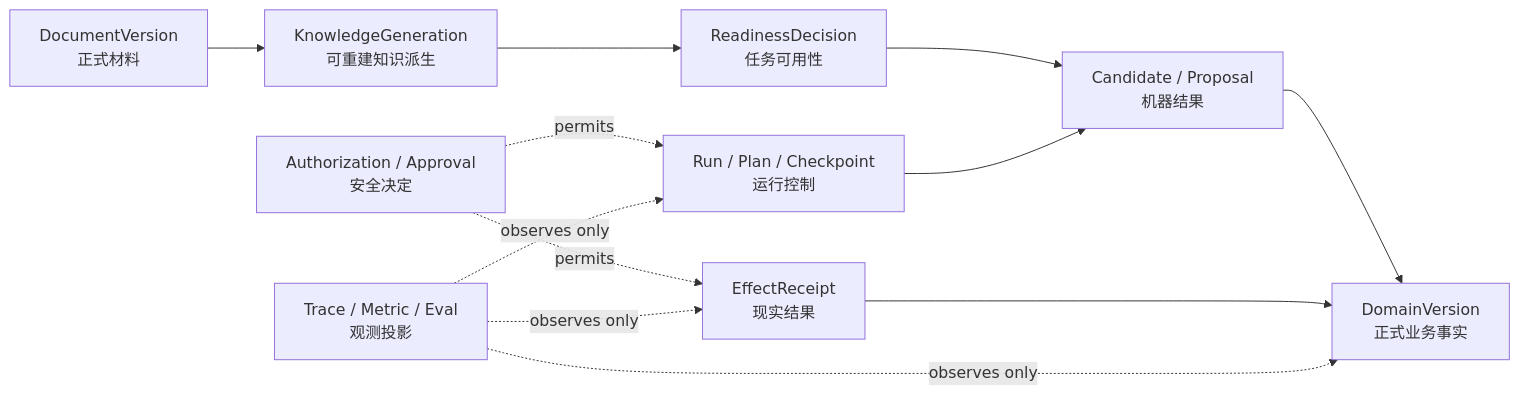
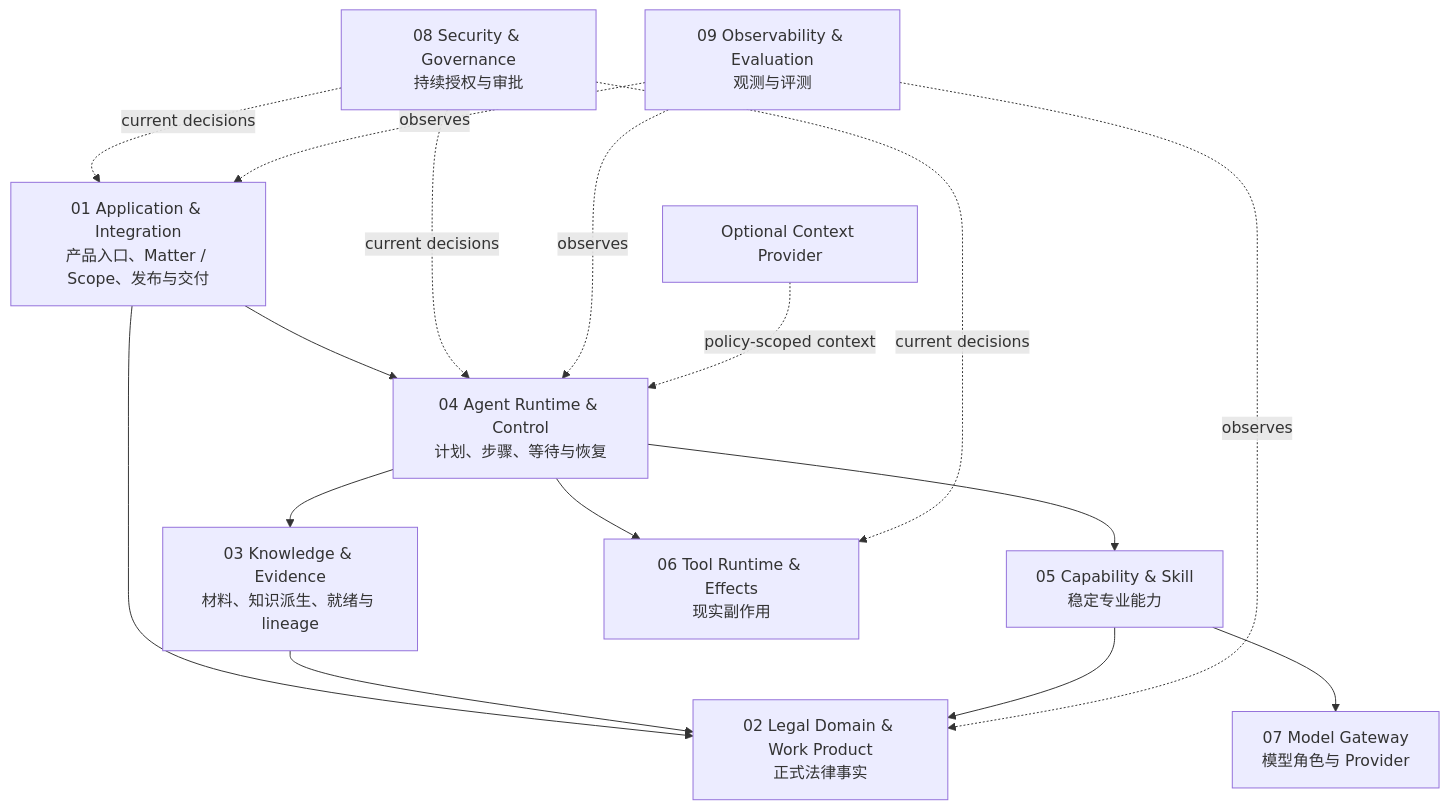
The fourth of 6 diagrams in docs/architecture/architecture-views.md (ProfessorZhi/Zuno), drawn with Mermaid before and after one commit. The commit also changed other lines of this file and 7 other files, not shown here.

First line of the commit message:
docs: redesign architecture around fact authority and recovery

````diff
--- a/docs/architecture/architecture-views.md
+++ b/docs/architecture/architecture-views.md
@@ -122,23 +85,29 @@
 ```mermaid
-flowchart LR
-  DOC[DocumentVersion\n正式材料]
-  KG[KnowledgeGeneration\n可重建知识派生]
-  READY[ReadinessDecision\n任务可用性]
-  CAND[Candidate / Proposal\n机器结果]
-  DOMAIN[DomainVersion\n正式业务事实]
-  RUN[Run / Plan / Checkpoint\n运行控制]
-  EFFECT[EffectReceipt\n现实结果]
-  SEC[Authorization / Approval\n安全决定]
-  OBS[Trace / Metric / Eval\n观测投影]
+flowchart TB
+  APP[01 Application & Integration\n产品入口、Matter / Scope、发布与交付]
+  DOMAIN[02 Legal Domain & Work Product\n正式法律事实]
+  KNOW[03 Knowledge & Evidence\n材料、知识派生、就绪与 lineage]
+  RUN[04 Agent Runtime & Control\n计划、步骤、等待与恢复]
+  CAP[05 Capability & Skill\n稳定专业能力]
+  TOOL[06 Tool Runtime & Effects\n现实副作用]
+  MODEL[07 Model Gateway\n模型角色与 Provider]
+  SEC[08 Security & Governance\n持续授权与审批]
+  OBS[09 Observability & Evaluation\n观测与评测]
+  CONTEXT[Optional Context Provider]
 
-  DOC --> KG --> READY
-  READY --> CAND
-  CAND --> DOMAIN
-  RUN --> CAND
-  SEC -. permits .-> RUN
-  SEC -. permits .-> EFFECT
-  EFFECT --> DOMAIN
-  OBS -. observes only .-> RUN
-  OBS -. observes only .-> DOMAIN
-  OBS -. observes only .-> EFFECT
+  APP --> RUN
+  APP --> DOMAIN
+  RUN --> KNOW
+  RUN --> CAP
+  CAP --> MODEL
+  KNOW --> DOMAIN
+  CAP --> DOMAIN
+  RUN --> TOOL
+  SEC -. current decisions .-> APP
+  SEC -. current decisions .-> RUN
+  SEC -. current decisions .-> TOOL
+  OBS -. observes .-> APP
+  OBS -. observes .-> RUN
+  OBS -. observes .-> DOMAIN
+  CONTEXT -. policy-scoped context .-> RUN
 ```
````
